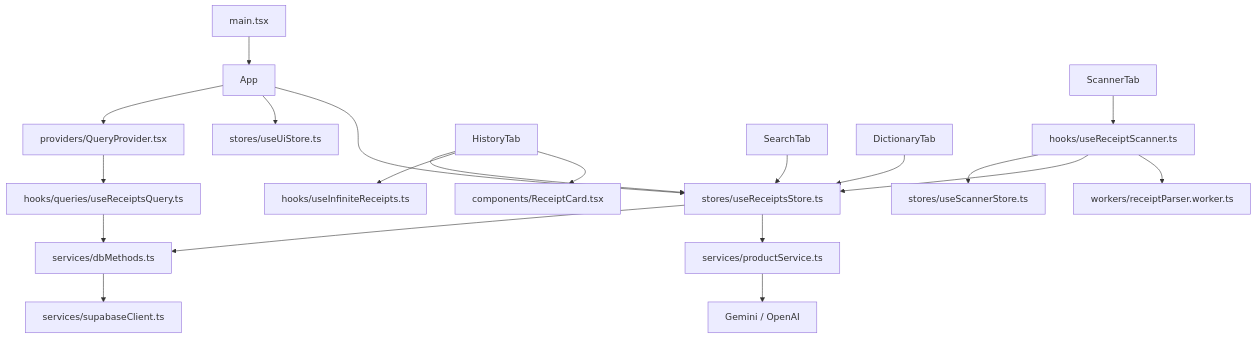
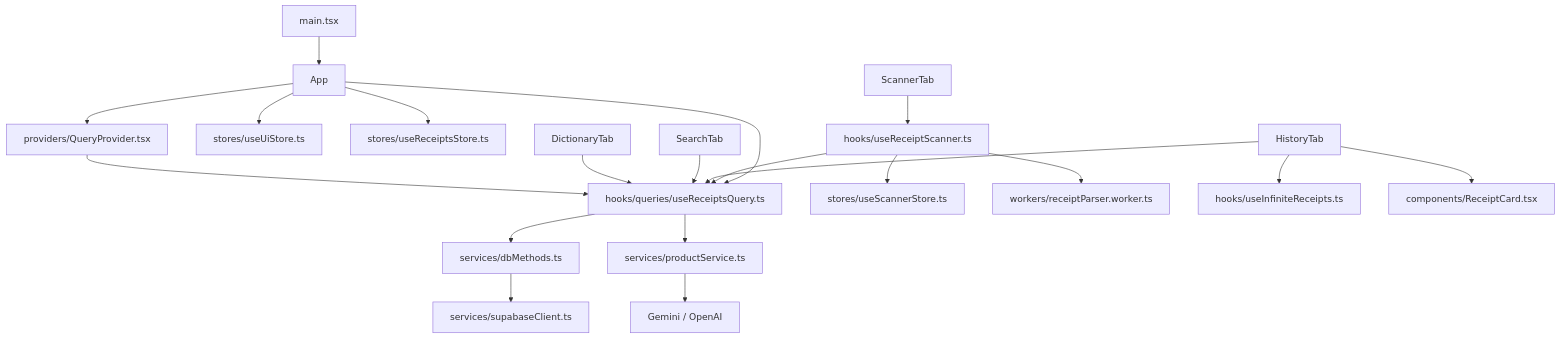
The second of 2 diagrams in ARCHITECTURE.md (Bosguega/my_mercado), drawn with Mermaid before and after one commit. The commit also changed other lines of this file, not shown here.

First line of the commit message:
docs: update ARCHITECTURE.md to reflect Zustand to React Query migration

````diff
--- a/ARCHITECTURE.md
+++ b/ARCHITECTURE.md
@@ -260,29 +289,29 @@
 ```mermaid
 graph TD
     main["main.tsx"] --> App
     App --> QueryProvider["providers/QueryProvider.tsx"]
 
     App --> uiStore["stores/useUiStore.ts"]
     App --> receiptsStore["stores/useReceiptsStore.ts"]
+    App --> receiptsQuery["hooks/queries/useReceiptsQuery.ts"]
 
     ScannerTab --> scannerHook["hooks/useReceiptScanner.ts"]
     scannerHook --> scannerStore["stores/useScannerStore.ts"]
-    scannerHook --> receiptsStore
+    scannerHook --> receiptsQuery
     scannerHook --> worker["workers/receiptParser.worker.ts"]
 
-    HistoryTab --> receiptsStore
+    HistoryTab --> receiptsQuery
     HistoryTab --> infiniteHook["hooks/useInfiniteReceipts.ts"]
     HistoryTab --> ReceiptCard["components/ReceiptCard.tsx"]
 
-    SearchTab --> receiptsStore
-    DictionaryTab --> receiptsStore
+    SearchTab --> receiptsQuery
+    DictionaryTab --> receiptsQuery
 
-    receiptsStore --> dbMethods["services/dbMethods.ts"]
-    receiptsStore --> productService["services/productService.ts"]
+    receiptsQuery --> dbMethods["services/dbMethods.ts"]
+    receiptsQuery --> productService["services/productService.ts"]
 
     dbMethods --> supabase["services/supabaseClient.ts"]
     productService --> ai["Gemini / OpenAI"]
 
-    QueryProvider --> receiptsQuery["hooks/queries/useReceiptsQuery.ts"]
-    receiptsQuery --> dbMethods
+    QueryProvider --> receiptsQuery
 ```
````
